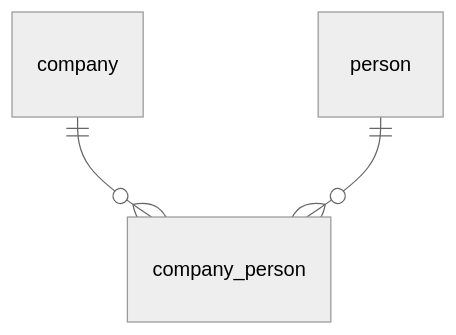
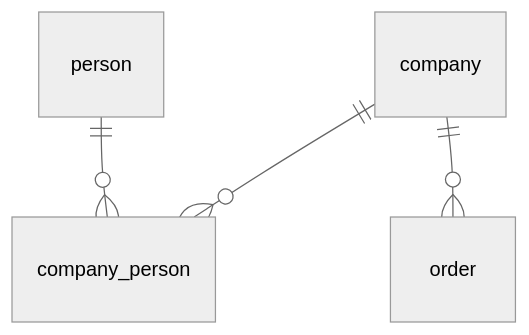
Before and after one commit to BaardBouvet/OSI-mapping: the first of 2 diagrams in example/README.md, drawn with Mermaid (neutral theme). The commit also changed other lines of this file and 2 other files, not shown here.

````diff
--- a/example/README.md
+++ b/example/README.md
@@ -18,8 +18,10 @@
 ```mermaid
 erDiagram
     company
     person
     company_person
+    order
     company ||--o{ company_person : ""
     person ||--o{ company_person : ""
+    company ||--o{ order : ""
 ```
````
